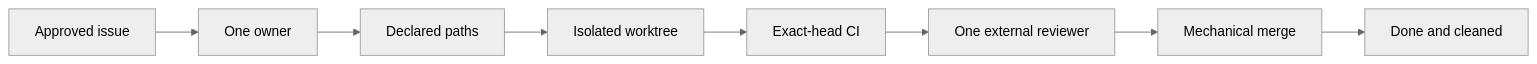
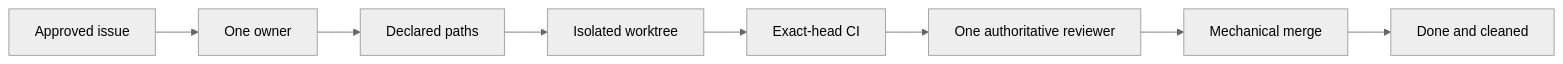
The first of 5 diagrams in docs/OPERATIONS.md (gillella/Aru_Agentic_SDLC), drawn with Mermaid (neutral theme) before and after one commit. The commit also changed other lines of this file and 17 other files, not shown here.

````diff
--- a/docs/OPERATIONS.md
+++ b/docs/OPERATIONS.md
@@ -42,10 +42,10 @@
 ```mermaid
 flowchart LR
     APPROVED[Approved issue] --> OWNED[One owner]
     OWNED --> BOUNDED[Declared paths]
     BOUNDED --> ISOLATED[Isolated worktree]
     ISOLATED --> VERIFIED[Exact-head CI]
-    VERIFIED --> REVIEWED[One external reviewer]
+    VERIFIED --> REVIEWED[One authoritative reviewer]
     REVIEWED --> MERGED[Mechanical merge]
     MERGED --> CLOSED[Done and cleaned]
 ```
````
